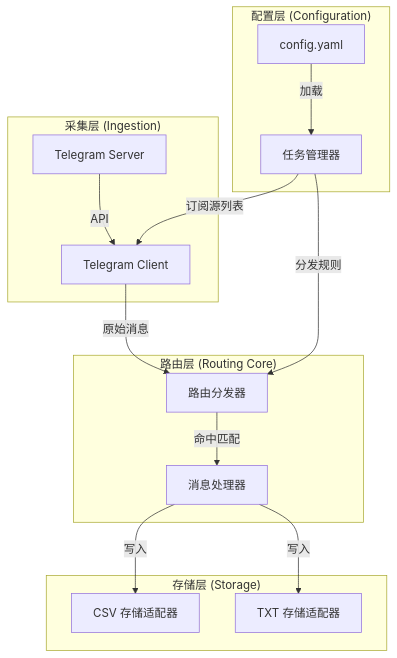
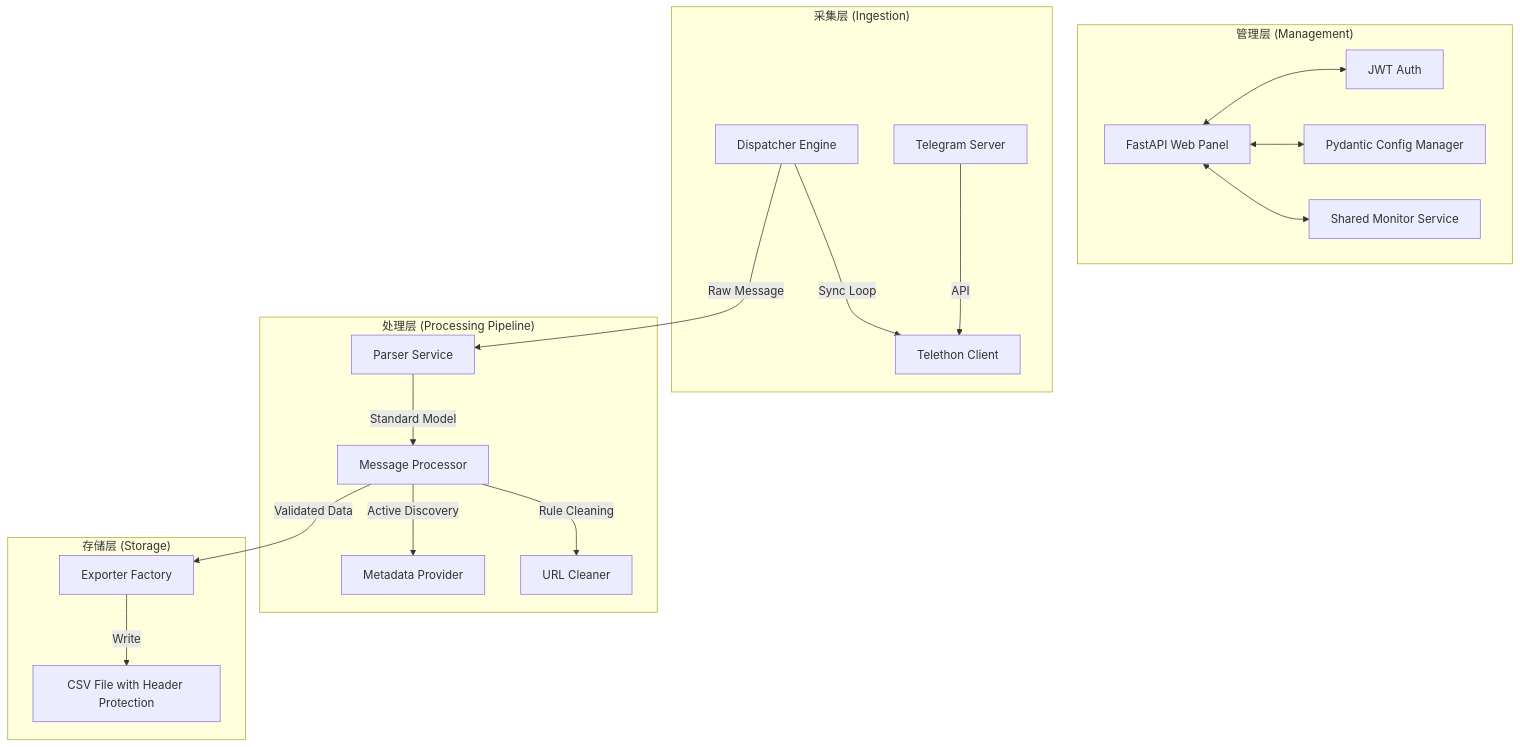
Before and after one commit to gzxmren/telegram_msg_export: the diagram in ARCH_DISPATCHER_V1.md, drawn with Mermaid. The commit also changed other lines of this file and 30 other files, not shown here.

Commit message:
feat: Implement a new dispatcher architecture with a web interface, structured data models, and comprehensive unit and integration tests.

````diff
--- a/ARCH_DISPATCHER_V1.md
+++ b/ARCH_DISPATCHER_V1.md
@@ -13,22 +13,25 @@
 ```mermaid
 graph TD
-    subgraph "配置层 (Configuration)"
-        Config[config.yaml] -->|加载| TaskManager[任务管理器]
+    subgraph "管理层 (Management)"
+        Web[FastAPI Web Panel] <--> JWT[JWT Auth]
+        Web <--> Config[Pydantic Config Manager]
+        Web <--> Monitor[Shared Monitor Service]
     end
 
     subgraph "采集层 (Ingestion)"
-        TG[Telegram Server] -->|API| Client[Telegram Client]
-        TaskManager -->|订阅源列表| Client
+        TG[Telegram Server] -->|API| Client[Telethon Client]
+        Dispatcher[Dispatcher Engine] -->|Sync Loop| Client
     end
 
-    subgraph "路由层 (Routing Core)"
-        Client -->|原始消息| Router[路由分发器]
-        TaskManager -->|分发规则| Router
-        Router -->|命中匹配| Handler[消息处理器]
+    subgraph "处理层 (Processing Pipeline)"
+        Dispatcher -->|Raw Message| Parser[Parser Service]
+        Parser -->|Standard Model| Processor[Message Processor]
+        Processor -->|Active Discovery| Metadata[Metadata Provider]
+        Processor -->|Rule Cleaning| Cleaner[URL Cleaner]
     end
 
     subgraph "存储层 (Storage)"
-        Handler -->|写入| CSV_Adapter[CSV 存储适配器]
-        Handler -->|写入| TXT_Adapter[TXT 存储适配器]
+        Processor -->|Validated Data| Exporter[Exporter Factory]
+        Exporter -->|Write| CSV[CSV File with Header Protection]
     end
 ```
````
